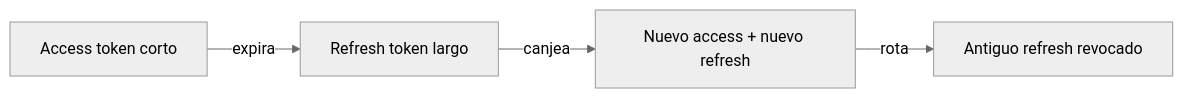
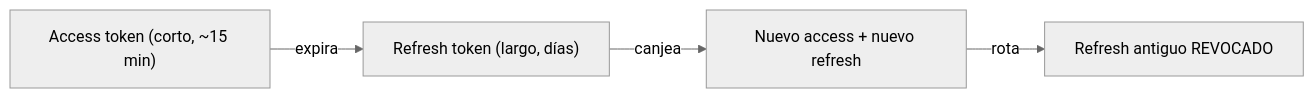
One commit to obiticadev/DAM-2025-26 changed the fourth of 4 diagrams in Programación/Aprendizaje autodidacta/11_APIRESTMasterclass/teoria/18_Seguridad_JWT.md. Above: the diagram before and after it, drawn with Mermaid (neutral theme). The commit also changed other lines of this file and 69 other files, not shown here.

````diff
--- a/Programación/Aprendizaje autodidacta/11_APIRESTMasterclass/teoria/18_Seguridad_JWT.md
+++ b/Programación/Aprendizaje autodidacta/11_APIRESTMasterclass/teoria/18_Seguridad_JWT.md
@@ -64,6 +349,6 @@
 ```mermaid
 flowchart LR
-    AT[Access token corto] -->|expira| RT[Refresh token largo]
-    RT -->|canjea| NEW[Nuevo access + nuevo refresh]
-    NEW -->|rota| REV[Antiguo refresh revocado]
+    AT["Access token (corto, ~15 min)"] -->|expira| RT["Refresh token (largo, días)"]
+    RT -->|canjea| NEW["Nuevo access + nuevo refresh"]
+    NEW -->|rota| REV["Refresh antiguo REVOCADO"]
 ```
````
